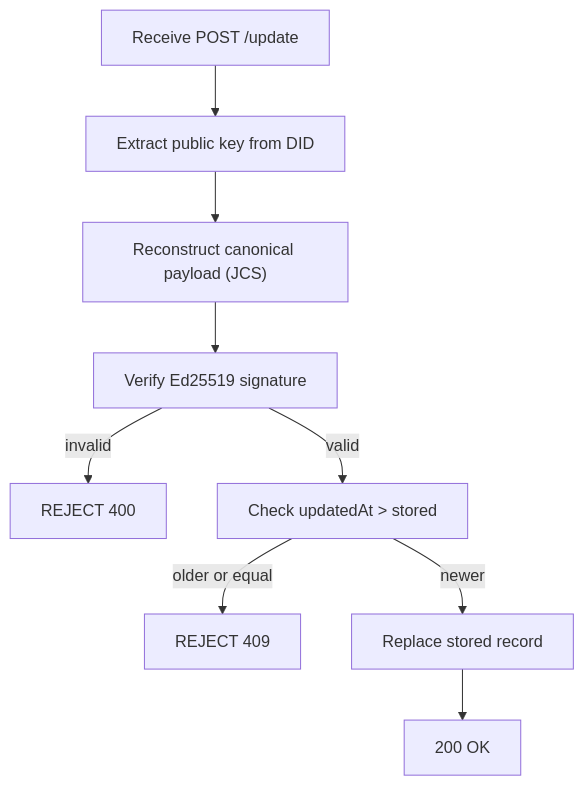
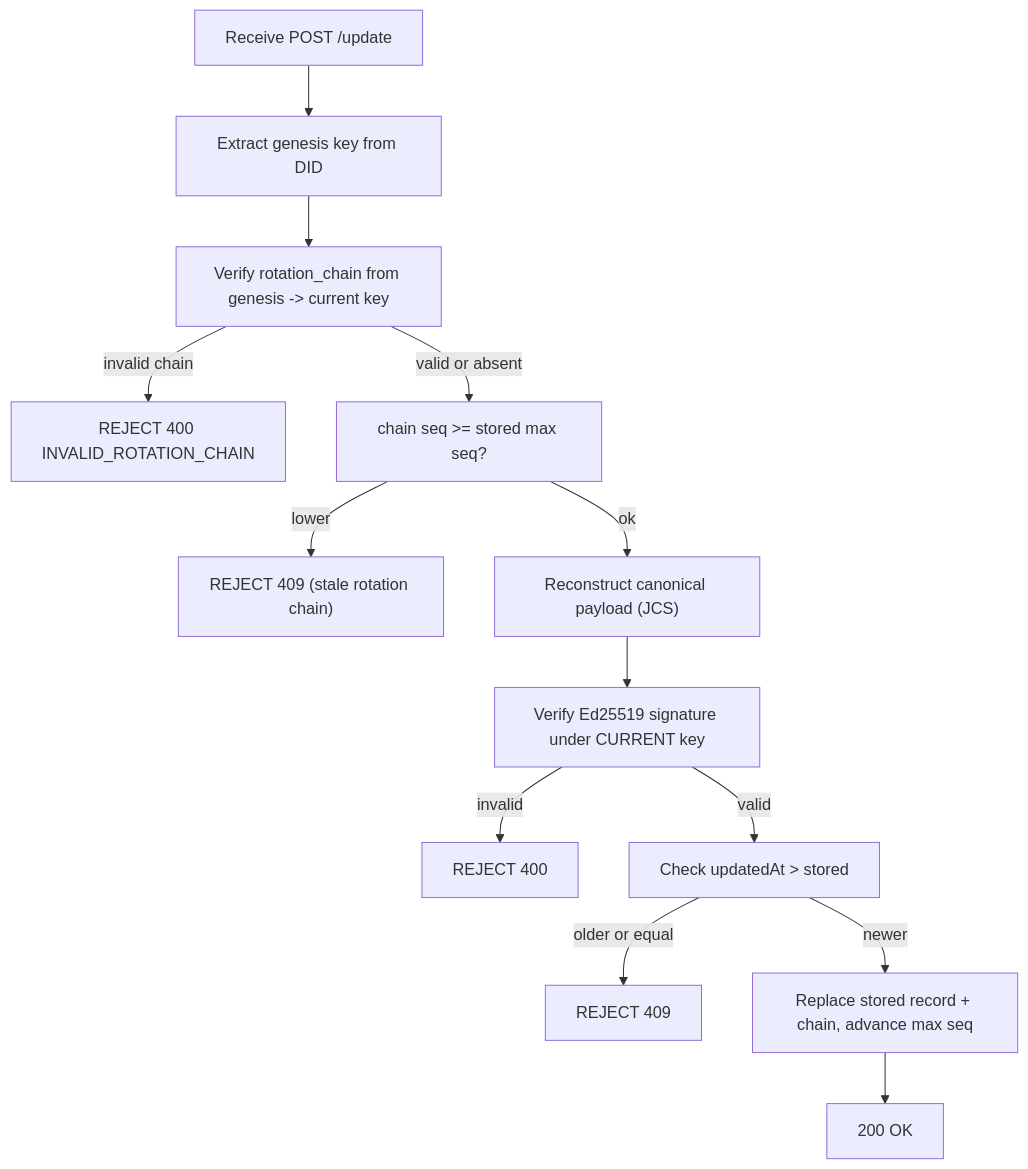
One commit to syr-is/syr changed the first of 2 diagrams in apps/docs/app/src/routes/architecture/registry-protocol/+page.md. Above: the diagram before and after it, drawn with Mermaid. The commit also changed other lines of this file and 11 other files, not shown here.

First line of the commit message:
docs: root-key rotation spec, chain-aware resolution, plural-registry framing

````diff
--- a/apps/docs/app/src/routes/architecture/registry-protocol/+page.md
+++ b/apps/docs/app/src/routes/architecture/registry-protocol/+page.md
@@ -161,11 +190,15 @@
 ```mermaid
 flowchart TD
-    Receive["Receive POST /update"] --> ExtractKey["Extract public key from DID"]
-    ExtractKey --> Canonicalize["Reconstruct canonical payload (JCS)"]
-    Canonicalize --> VerifySig["Verify Ed25519 signature"]
+    Receive["Receive POST /update"] --> ExtractKey["Extract genesis key from DID"]
+    ExtractKey --> VerifyChain["Verify rotation_chain from genesis -> current key"]
+    VerifyChain -->|invalid chain| RejectChain["REJECT 400 INVALID_ROTATION_CHAIN"]
+    VerifyChain -->|valid or absent| CheckSeq["chain seq >= stored max seq?"]
+    CheckSeq -->|lower| RejectRollback["REJECT 409 (stale rotation chain)"]
+    CheckSeq -->|ok| Canonicalize["Reconstruct canonical payload (JCS)"]
+    Canonicalize --> VerifySig["Verify Ed25519 signature under CURRENT key"]
     VerifySig -->|invalid| Reject["REJECT 400"]
     VerifySig -->|valid| CheckTimestamp["Check updatedAt > stored"]
     CheckTimestamp -->|older or equal| RejectStale["REJECT 409"]
-    CheckTimestamp -->|newer| Store["Replace stored record"]
+    CheckTimestamp -->|newer| Store["Replace stored record + chain, advance max seq"]
     Store --> OK["200 OK"]
 ```
````
